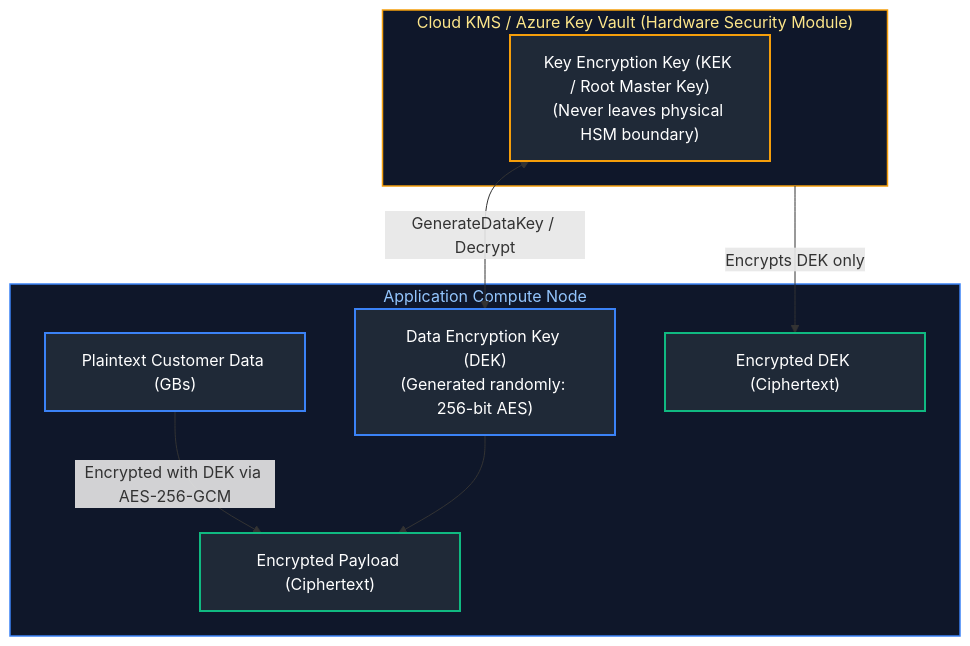
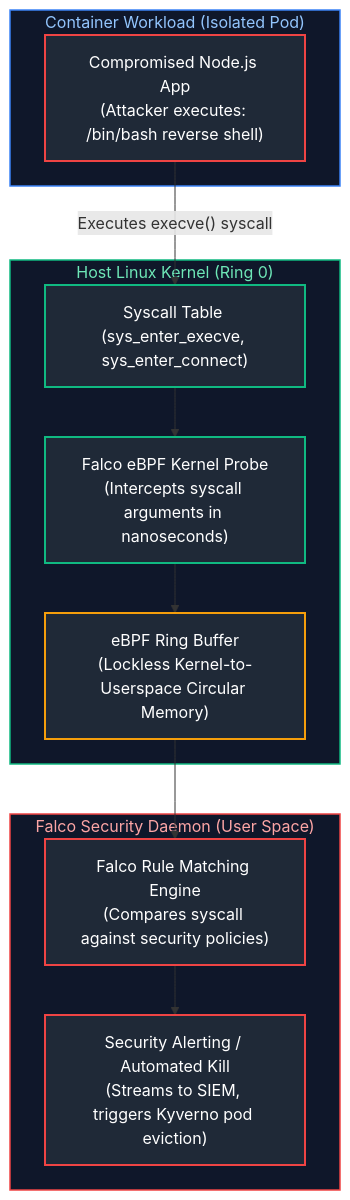
One commit to joydeep-biswas/Interview-Preparation changed the eighth of 8 diagrams in Cloud Engineering/09_cloud_security_iam_and_devsecops.md. Above: the diagram before and after it, drawn with Mermaid. The commit also changed other lines of this file and 143 other files, not shown here.

````diff
--- a/Cloud Engineering/09_cloud_security_iam_and_devsecops.md
+++ b/Cloud Engineering/09_cloud_security_iam_and_devsecops.md
@@ -188,27 +548,33 @@
 ```mermaid
 flowchart TD
-    subgraph KMS_Boundary ["Cloud KMS / Azure Key Vault (Hardware Security Module)"]
-        KEK["Key Encryption Key (KEK / Root Master Key)<br/>(Never leaves physical HSM boundary)"]
+    subgraph ContainerSpace ["Container Workload (Isolated Pod)"]
+        AttackerProcess["Compromised Node.js App<br/>(Attacker executes: /bin/bash reverse shell)"]
     end
 
-    subgraph ClientHost ["Application Compute Node"]
-        PlainData["Plaintext Customer Data (GBs)"]
-        DEK["Data Encryption Key (DEK)<br/>(Generated randomly: 256-bit AES)"]
-        EncData["Encrypted Payload (Ciphertext)"]
-        EncDEK["Encrypted DEK (Ciphertext)"]
+    subgraph LinuxKernelSpace ["Host Linux Kernel (Ring 0)"]
+        SyscallHandler["Syscall Table (sys_enter_execve, sys_enter_connect)"]
+        eBPFHook["Falco eBPF Kernel Probe<br/>(Intercepts syscall arguments in nanoseconds)"]
+        RingBuf["eBPF Ring Buffer<br/>(Lockless Kernel-to-Userspace Circular Memory)"]
 
-        PlainData -->|"Encrypted with DEK via AES-256-GCM"| EncData
-        DEK --> EncData
+        SyscallHandler --> eBPFHook --> RingBuf
     end
 
-    KMS_Boundary -->|"Encrypts DEK only"| EncDEK
-    KEK <-->|"GenerateDataKey / Decrypt"| DEK
+    subgraph UserspaceDaemon ["Falco Security Daemon (User Space)"]
+        Engine["Falco Rule Matching Engine<br/>(Compares syscall against security policies)"]
+        AlertSink["Security Alerting / Automated Kill<br/>(Streams to SIEM, triggers Kyverno pod eviction)"]
 
-    style KMS_Boundary fill:#0f172a,stroke:#f59e0b,stroke-width:1.5px,color:#fde68a
-    style ClientHost fill:#0f172a,stroke:#3b82f6,stroke-width:1.5px,color:#93c5fd
-    style KEK fill:#1f2937,stroke:#f59e0b,stroke-width:2px,color:#fff
-    style PlainData fill:#1f2937,stroke:#3b82f6,stroke-width:2px,color:#fff
-    style DEK fill:#1f2937,stroke:#3b82f6,stroke-width:2px,color:#fff
-    style EncData fill:#1f2937,stroke:#10b981,stroke-width:2px,color:#fff
-    style EncDEK fill:#1f2937,stroke:#10b981,stroke-width:2px,color:#fff
+        RingBuf --> Engine --> AlertSink
+    end
+
+    AttackerProcess -->|"Executes execve() syscall"| SyscallHandler
+
+    style ContainerSpace fill:#0f172a,stroke:#3b82f6,stroke-width:1.5px,color:#93c5fd
+    style LinuxKernelSpace fill:#0f172a,stroke:#10b981,stroke-width:1.5px,color:#6ee7b7
+    style UserspaceDaemon fill:#0f172a,stroke:#ef4444,stroke-width:1.5px,color:#fca5a5
+    style AttackerProcess fill:#1f2937,stroke:#ef4444,stroke-width:2px,color:#fff
+    style SyscallHandler fill:#1f2937,stroke:#10b981,stroke-width:2px,color:#fff
+    style eBPFHook fill:#1f2937,stroke:#10b981,stroke-width:2px,color:#fff
+    style RingBuf fill:#1f2937,stroke:#f59e0b,stroke-width:2px,color:#fff
+    style Engine fill:#1f2937,stroke:#ef4444,stroke-width:2px,color:#fff
+    style AlertSink fill:#1f2937,stroke:#ef4444,stroke-width:2px,color:#fff
 ```
````
